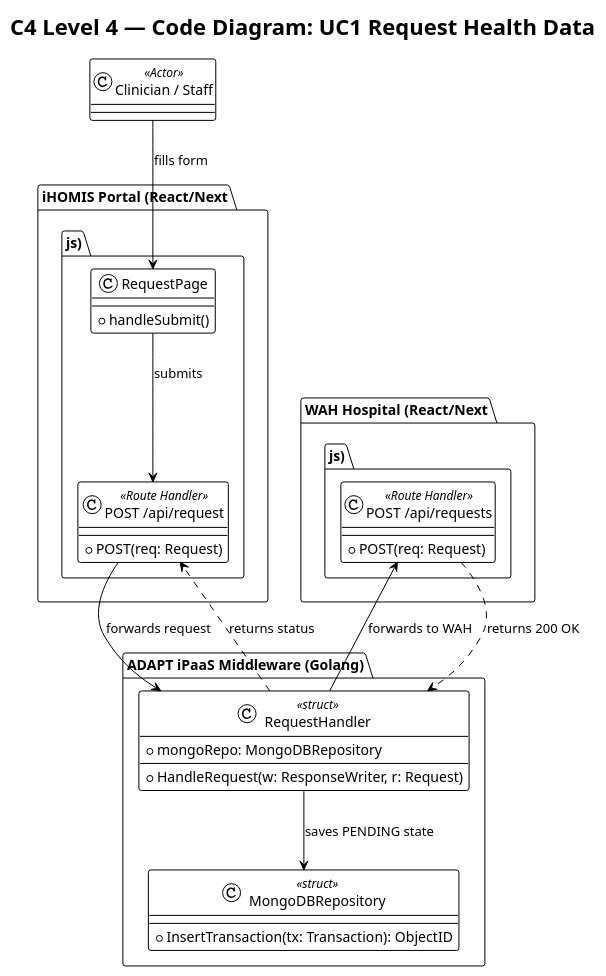
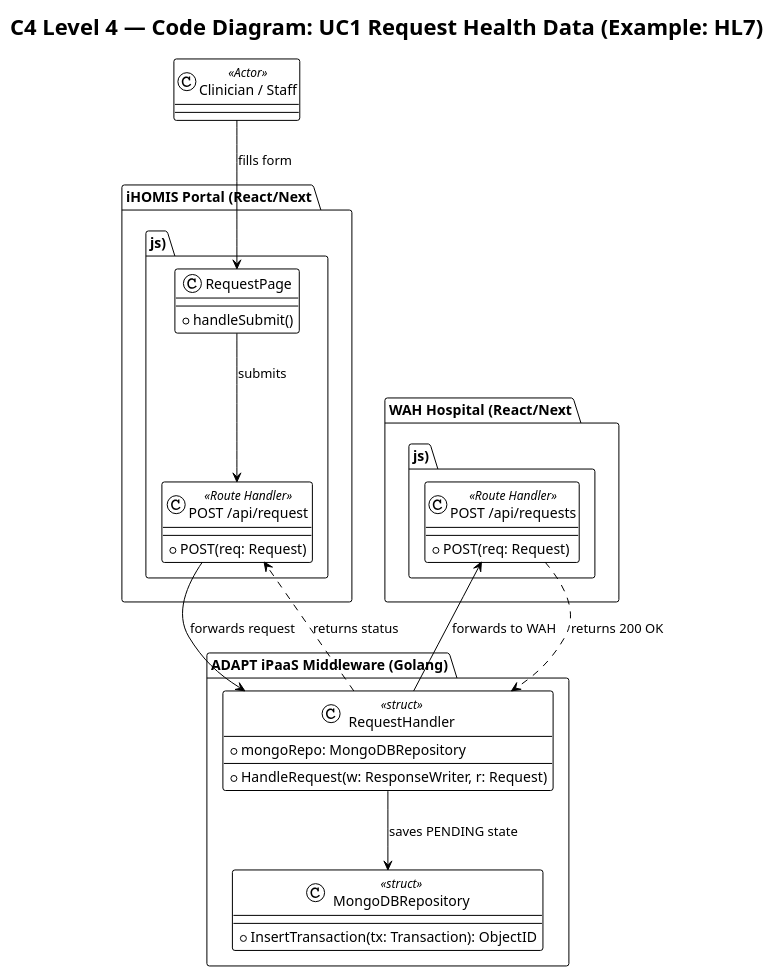
One commit to APC-SoCIT/APC-2026-2027-T1-IT241-Grp3-WAH4PCE-An-AI-Driven-Interoperability-Bridge-for-iHOMIS changed the diagram in docs/MSYADD1/DIAGRAMS/Code Diagram/ucd_code_diagram/uc1_request_health_data.puml. Above: the diagram before and after it, drawn with PlantUML.

Commit message:
docs: update title in UC1 Request Health Data diagram to include example reference

```diff
--- a/docs/MSYADD1/DIAGRAMS/Code Diagram/ucd_code_diagram/uc1_request_health_data.puml
+++ b/docs/MSYADD1/DIAGRAMS/Code Diagram/ucd_code_diagram/uc1_request_health_data.puml
@@ -1,40 +1,40 @@
 @startuml UC1_Request_Health_Data
 !theme plain
-title C4 Level 4 — Code Diagram: UC1 Request Health Data
+title C4 Level 4 — Code Diagram: UC1 Request Health Data (Example: HL7)
 
 package "iHOMIS Portal (React/Next.js)" {
     class RequestPage {
         + handleSubmit()
     }
     class "POST /api/request" as iHOMISRequestAPI <<Route Handler>> {
         + POST(req: Request)
     }
 }
 
 package "ADAPT iPaaS Middleware (Golang)" {
     class RequestHandler <<struct>> {
         + mongoRepo: MongoDBRepository
         + HandleRequest(w: ResponseWriter, r: Request)
     }
     class MongoDBRepository <<struct>> {
         + InsertTransaction(tx: Transaction): ObjectID
     }
 }
 
 package "WAH Hospital (React/Next.js)" {
     class "POST /api/requests" as WAHRequestsAPI <<Route Handler>> {
         + POST(req: Request)
     }
 }
 
 class "Clinician / Staff" as Clinician <<Actor>>
 
 Clinician --> RequestPage : fills form
 RequestPage --> iHOMISRequestAPI : submits
 iHOMISRequestAPI --> RequestHandler : forwards request
 RequestHandler --> MongoDBRepository : saves PENDING state
 RequestHandler --> WAHRequestsAPI : forwards to WAH
 WAHRequestsAPI ..> RequestHandler : returns 200 OK
 RequestHandler ..> iHOMISRequestAPI : returns status
 
 @enduml
```
